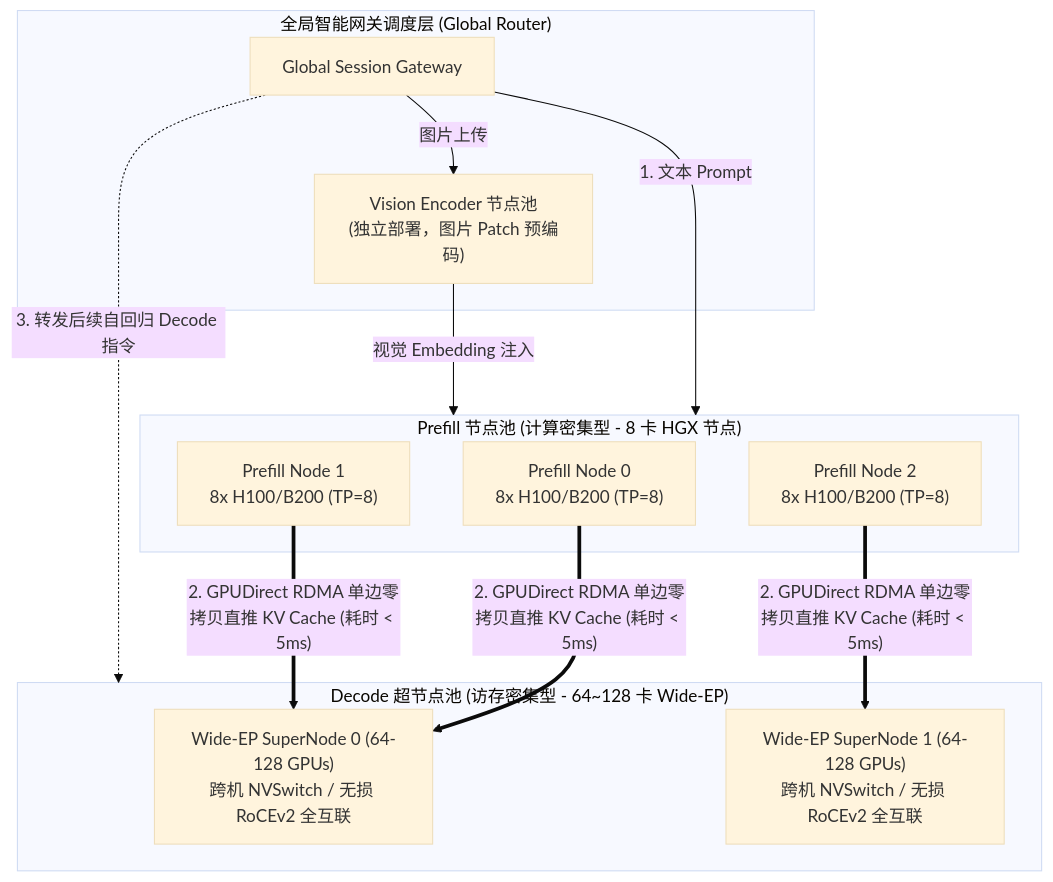
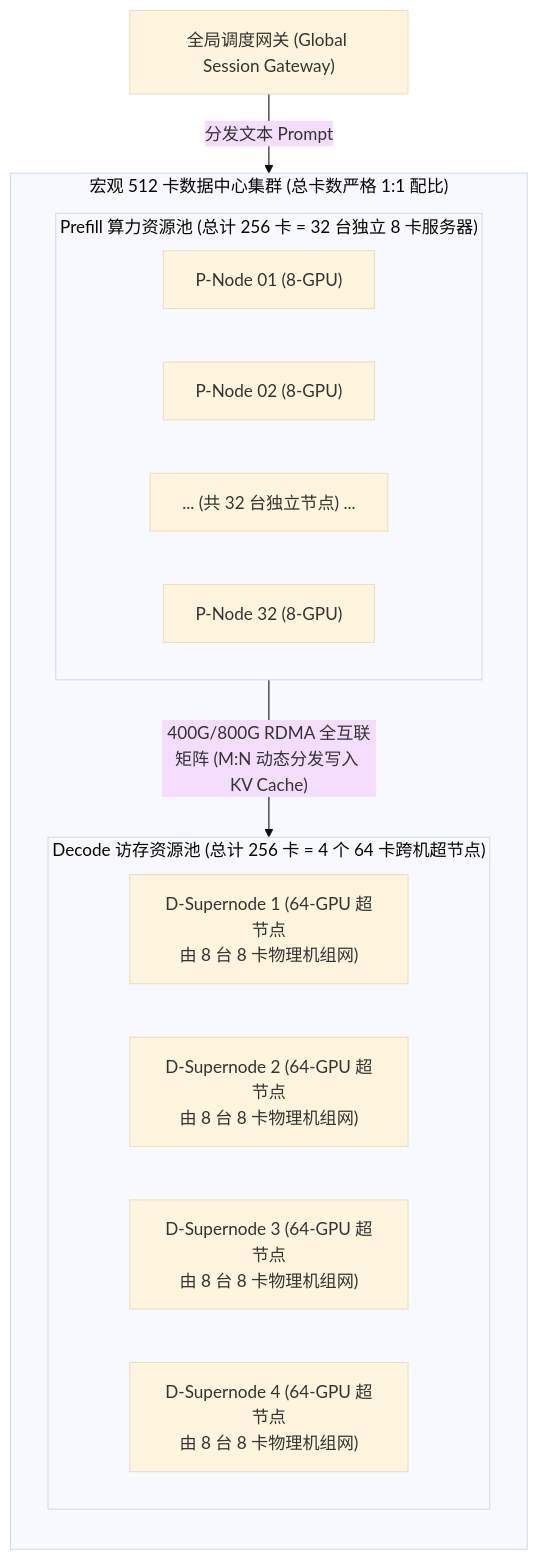
Before and after one commit to ifnodoraemon/ifnodoraemon.github.io: the fourth of 10 diagrams in content/zh/articles/deepinfer-deepseek-recipe-architecture.md, drawn with Mermaid (base theme). The commit also changed other lines of this file and 4 other files, not shown here.

````diff
--- a/content/zh/articles/deepinfer-deepseek-recipe-architecture.md
+++ b/content/zh/articles/deepinfer-deepseek-recipe-architecture.md
@@ -174,28 +185,22 @@
 ```mermaid
 flowchart TB
-    subgraph Ingress["全局智能网关调度层 (Global Router)"]
-        GW["Global Session Gateway"]
-        V_Pool["Vision Encoder 节点池<br/>(独立部署，图片 Patch 预编码)"]
+    subgraph Macro_Cluster["宏观 512 卡数据中心集群 (总卡数严格 1:1 配比)"]
+        direction TB
+        subgraph P_Cluster["Prefill 算力资源池 (总计 256 卡 = 32 台独立 8 卡服务器)"]
+            P0["P-Node 01 (8-GPU)"]
+            P1["P-Node 02 (8-GPU)"]
+            P_Dots["... (共 32 台独立节点) ..."]
+            P31["P-Node 32 (8-GPU)"]
+        end
+
+        subgraph D_Cluster["Decode 访存资源池 (总计 256 卡 = 4 个 64 卡跨机超节点)"]
+            D0["D-Supernode 1 (64-GPU 超节点<br/>由 8 台 8 卡物理机组网)"]
+            D1["D-Supernode 2 (64-GPU 超节点<br/>由 8 台 8 卡物理机组网)"]
+            D2["D-Supernode 3 (64-GPU 超节点<br/>由 8 台 8 卡物理机组网)"]
+            D3["D-Supernode 4 (64-GPU 超节点<br/>由 8 台 8 卡物理机组网)"]
+        end
     end
 
-    subgraph Prefill_Pool["Prefill 节点池 (计算密集型 - 8 卡 HGX 节点)"]
-        P_Node0["Prefill Node 0<br/>8x H100/B200 (TP=8)"]
-        P_Node1["Prefill Node 1<br/>8x H100/B200 (TP=8)"]
-        P_Node2["Prefill Node 2<br/>8x H100/B200 (TP=8)"]
-    end
-
-    subgraph Decode_Pool["Decode 超节点池 (访存密集型 - 64~128 卡 Wide-EP)"]
-        D_SuperNode0["Wide-EP SuperNode 0 (64-128 GPUs)<br/>跨机 NVSwitch / 无损 RoCEv2 全互联"]
-        D_SuperNode1["Wide-EP SuperNode 1 (64-128 GPUs)<br/>跨机 NVSwitch / 无损 RoCEv2 全互联"]
-    end
-
-    GW -->|"1. 文本 Prompt"| Prefill_Pool
-    GW -->|"图片上传"| V_Pool
-    V_Pool -->|"视觉 Embedding 注入"| Prefill_Pool
-
-    P_Node0 ==>|"2. GPUDirect RDMA 单边零拷贝直推 KV Cache (耗时 < 5ms)"| D_SuperNode0
-    P_Node1 ==>|"2. GPUDirect RDMA 单边零拷贝直推 KV Cache (耗时 < 5ms)"| D_SuperNode0
-    P_Node2 ==>|"2. GPUDirect RDMA 单边零拷贝直推 KV Cache (耗时 < 5ms)"| D_SuperNode1
-
-    GW -.->|"3. 转发后续自回归 Decode 指令"| Decode_Pool
+    GW["全局调度网关 (Global Session Gateway)"] -->|"分发文本 Prompt"| P_Cluster
+    P_Cluster -->|"400G/800G RDMA 全互联矩阵 (M:N 动态分发写入 KV Cache)"| D_Cluster
 ```
````
